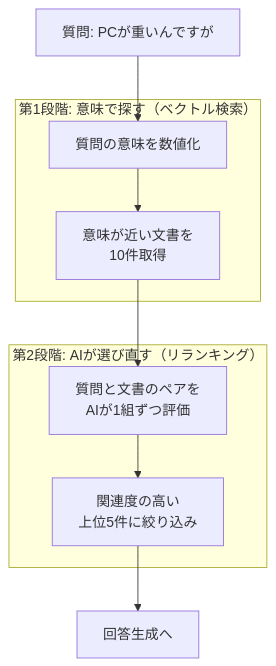
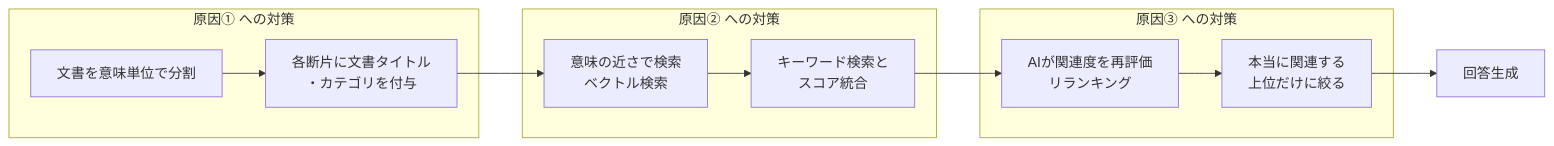
The second of 6 diagrams in doc/presentation/20260320/project-overview.md (ishimori/poc_rag_gcp_public), drawn with Mermaid before and after one commit. The commit also changed other lines of this file and 8 other files, not shown here.

````diff
--- a/doc/presentation/20260320/project-overview.md
+++ b/doc/presentation/20260320/project-overview.md
@@ -98,15 +62,20 @@
 ```mermaid
-graph TB
-    Q[質問: PCが重いんですが] --> S1
-
-    subgraph "第1段階: 意味で探す（ベクトル検索）"
-        S1[質問の意味を数値化] --> S2[意味が近い文書を<br/>10件取得]
+graph LR
+    subgraph "原因① への対策"
+        A[文書を意味単位で分割]
+        B[各断片に文書タイトル<br/>・カテゴリを付与]
     end
 
-    subgraph "第2段階: AIが選び直す（リランキング）"
-        S3[質問と文書のペアを<br/>AIが1組ずつ評価] --> S4[関連度の高い<br/>上位5件に絞り込み]
+    subgraph "原因② への対策"
+        C[意味の近さで検索<br/>ベクトル検索]
+        D[キーワード検索と<br/>スコア統合]
     end
 
-    S2 --> S3
-    S4 --> A[回答生成へ]
+    subgraph "原因③ への対策"
+        E[AIが関連度を再評価<br/>リランキング]
+        F[本当に関連する<br/>上位だけに絞る]
+    end
+
+    A --> B --> C --> D --> E --> F
+    F --> G[回答生成]
 ```
````
